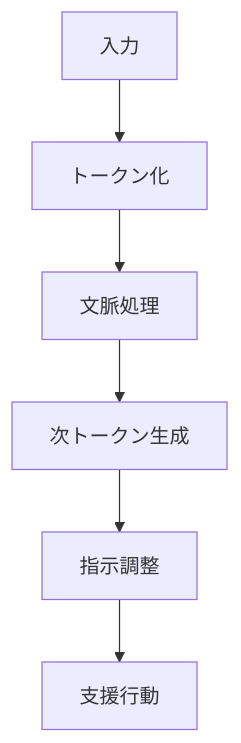
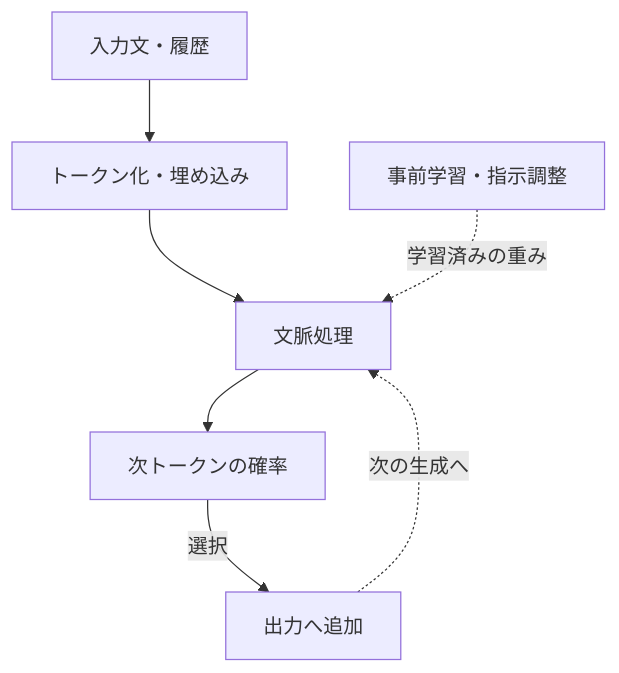
One commit to daylight55/research changed the third of 13 diagrams in articles/report/ai-llm-ontology-memory/ja/index.mdx. Above: the diagram before and after it, drawn with Mermaid. The commit also changed other lines of this file and 181 other files, not shown here.

First line of the commit message:
全記事の図解368点を再生成し、共通注意書きを削除 (#402)

````diff
--- a/articles/report/ai-llm-ontology-memory/ja/index.mdx
+++ b/articles/report/ai-llm-ontology-memory/ja/index.mdx
@@ -120,8 +131,17 @@
 ```mermaid
 flowchart TD
-  T["入力"] --> Tok["トークン化"]
-  Tok --> Attn["文脈処理"]
-  Attn --> Out["次トークン生成"]
-  Out --> Align["指示調整"]
-  Align --> Use["支援行動"]
+  accTitle: 学習済みモデルが文章を生成する流れ
+  accDescr: 入力をトークンに変え、文脈から次のトークンを予測する。指示調整は推論中の工程ではなく、モデルを準備する学習工程である。
+  N0["入力文・履歴"]
+  N1["トークン化・埋め込み"]
+  N2["文脈処理"]
+  N3["次トークンの確率"]
+  N4["出力へ追加"]
+  N5["事前学習・指示調整"]
+  N0 --> N1
+  N1 --> N2
+  N5 -.->|学習済みの重み| N2
+  N2 --> N3
+  N3 -->|選択| N4
+  N4 -.->|次の生成へ| N2
 ```
````
